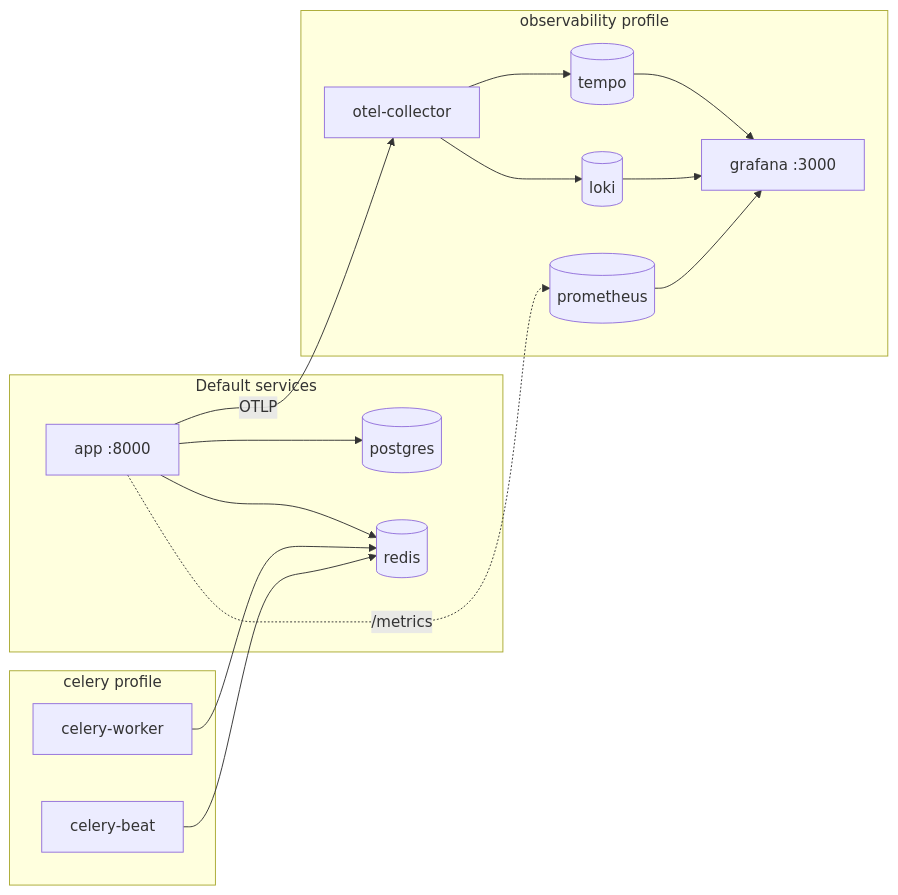
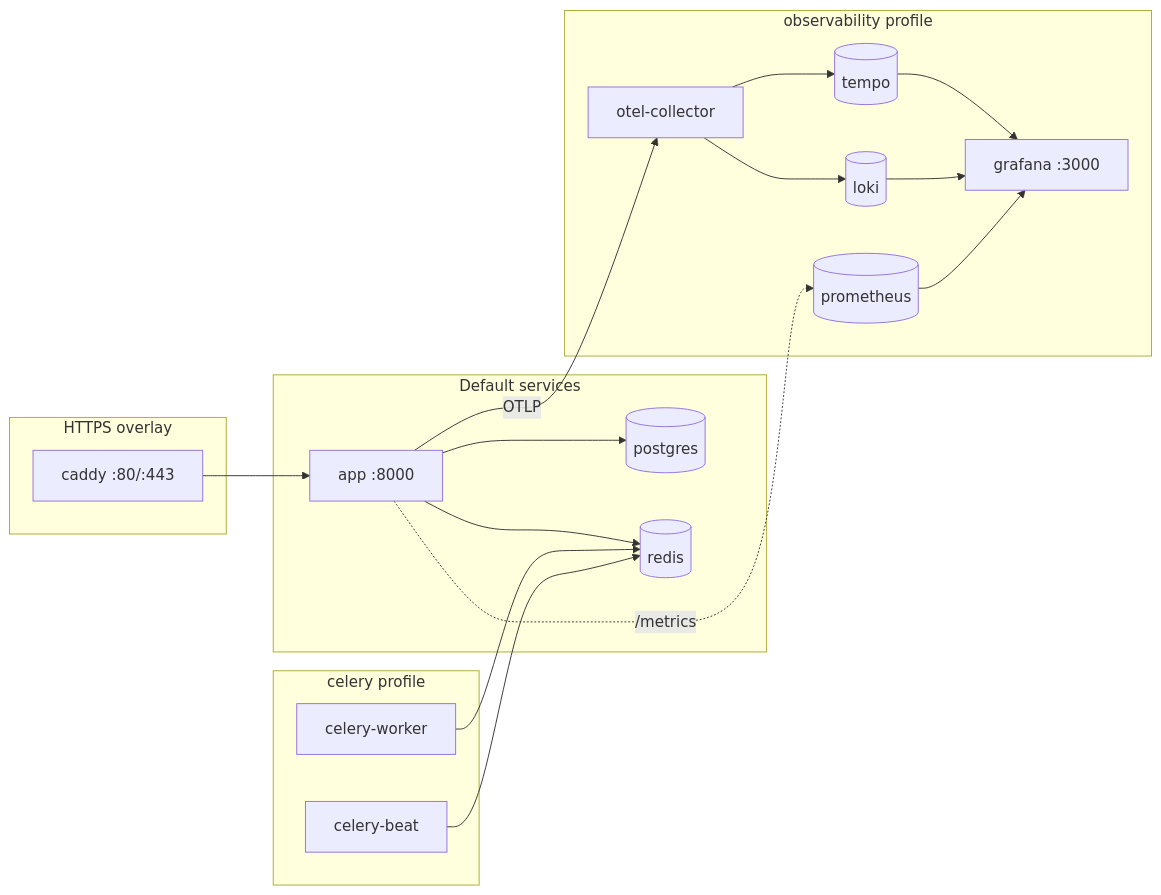
Before and after one commit to Blueprint4Agent/Blueprint4Agent.github.io: the diagram in docs/environment/docker.mdx, drawn with Mermaid. The commit also changed other lines of this file and 19 other files, not shown here.

````diff
--- a/docs/environment/docker.mdx
+++ b/docs/environment/docker.mdx
@@ -13,30 +13,34 @@
 ```mermaid
 flowchart LR
+    subgraph https["HTTPS overlay"]
+        CD["caddy :80/:443"]
+    end
     subgraph core["Default services"]
         APP["app :8000"]
         PG[("postgres")]
         RD[("redis")]
     end
     subgraph jobs["celery profile"]
         W["celery-worker"]
         BT["celery-beat"]
     end
     subgraph obs["observability profile"]
         OC["otel-collector"]
         TP[("tempo")]
         LK[("loki")]
         PR[("prometheus")]
         GF["grafana :3000"]
     end
+    CD --> APP
     APP --> PG
     APP --> RD
     W --> RD
     BT --> RD
     APP -- "OTLP" --> OC
     OC --> TP
     OC --> LK
     APP -. "/metrics" .-> PR
     TP --> GF
     LK --> GF
     PR --> GF
 ```
````
